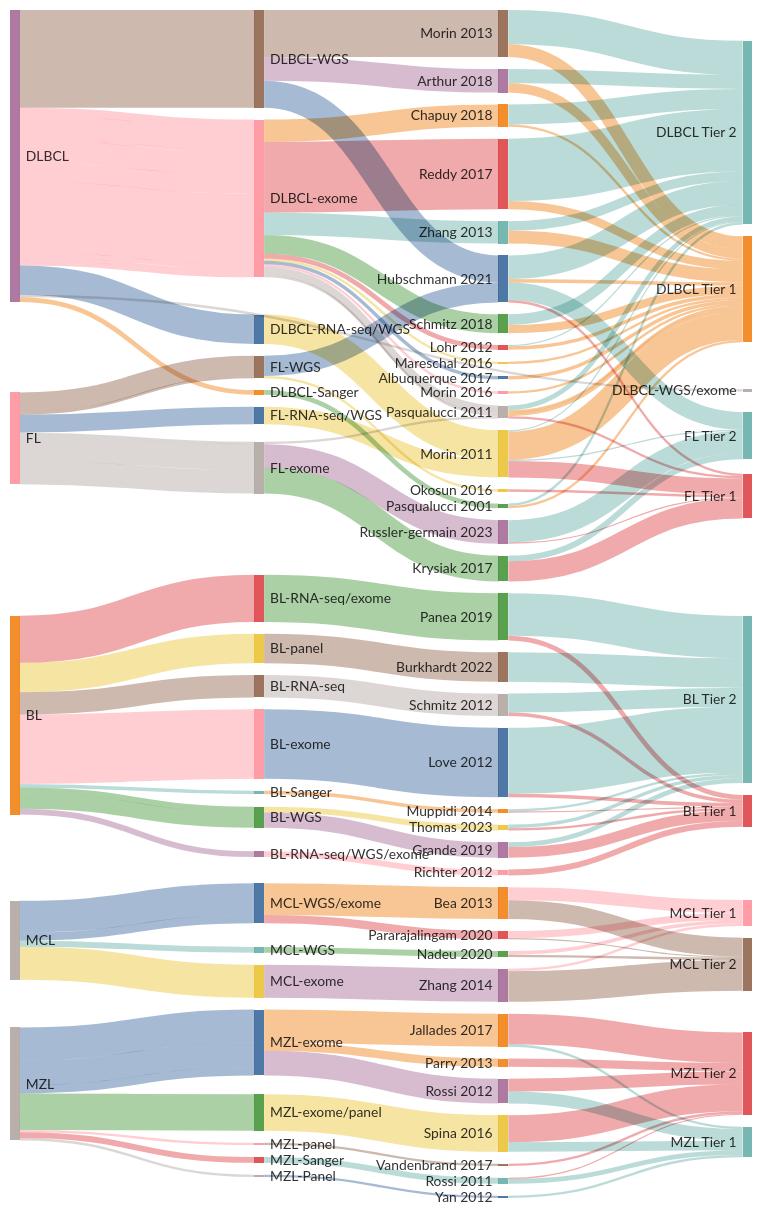
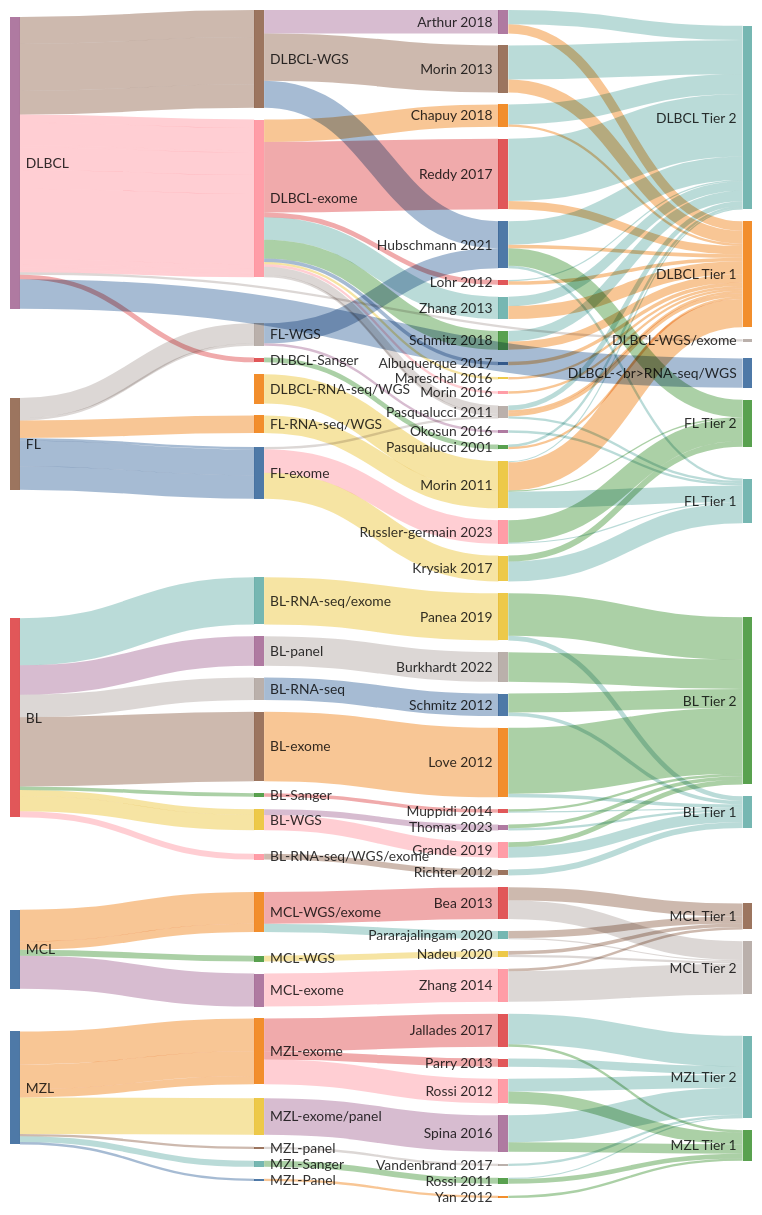
The diagram in Home.md (morinlab/lymphopedia), drawn with Mermaid before and after one commit.

```diff
--- a/Home.md
+++ b/Home.md
@@ -61,7 +61,7 @@
 DLBCL, DLBCL-WGS/exome, 2
 DLBCL, DLBCL-exome, 2
 DLBCL-exome, Pasqualucci 2011, 2
-DLBCL, DLBCL-RNA-seq/WGS, 25
+DLBCL, DLBCL-<br>RNA-seq/WGS, 25
 DLBCL-RNA-seq/WGS, Morin 2011, 25
 DLBCL, DLBCL-exome, 19
 DLBCL-exome, Zhang 2013, 19
```
